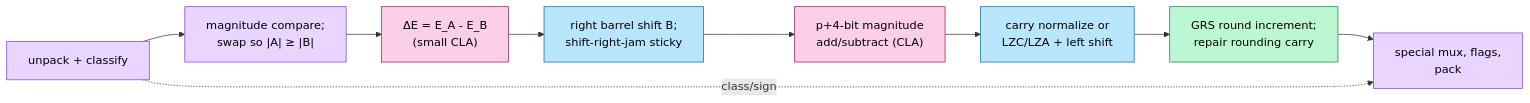
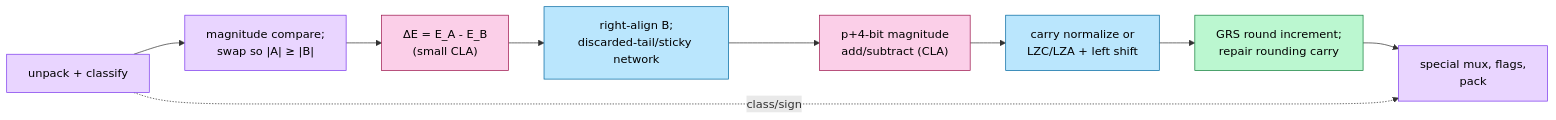
The sixth of 18 diagrams in L2_Digital_Design_for_AI/02_FP_Unit_Design.md (Wty2003328/ai_infra_intro), drawn with Mermaid before and after one commit. The commit also changed other lines of this file and 3 other files, not shown here.

````diff
--- a/L2_Digital_Design_for_AI/02_FP_Unit_Design.md
+++ b/L2_Digital_Design_for_AI/02_FP_Unit_Design.md
@@ -473,15 +542,15 @@
 ```mermaid
 flowchart LR
     U["unpack + classify"]:::ctl --> CMP["magnitude compare;<br/>swap so |A| ≥ |B|"]:::ctl
     CMP --> DE["ΔE = E_A - E_B<br/>(small CLA)"]:::int
-    DE --> AL["right barrel shift B;<br/>shift-right-jam sticky"]:::shift
+    DE --> AL["right-align B;<br/>discarded-tail/sticky network"]:::shift
     AL --> AS["p+4-bit magnitude<br/>add/subtract (CLA)"]:::int
     AS --> NZ["carry normalize or<br/>LZC/LZA + left shift"]:::shift
     NZ --> RD["GRS round increment;<br/>repair rounding carry"]:::round
     RD --> PK["special mux, flags,<br/>pack"]:::ctl
     U -.->|"class/sign"| PK
     classDef ctl fill:#e9d5ff,stroke:#7c3aed,color:#000
     classDef int fill:#fbcfe8,stroke:#9d174d,color:#000
     classDef shift fill:#bae6fd,stroke:#0369a1,color:#000
     classDef round fill:#bbf7d0,stroke:#15803d,color:#000
 ```
````
